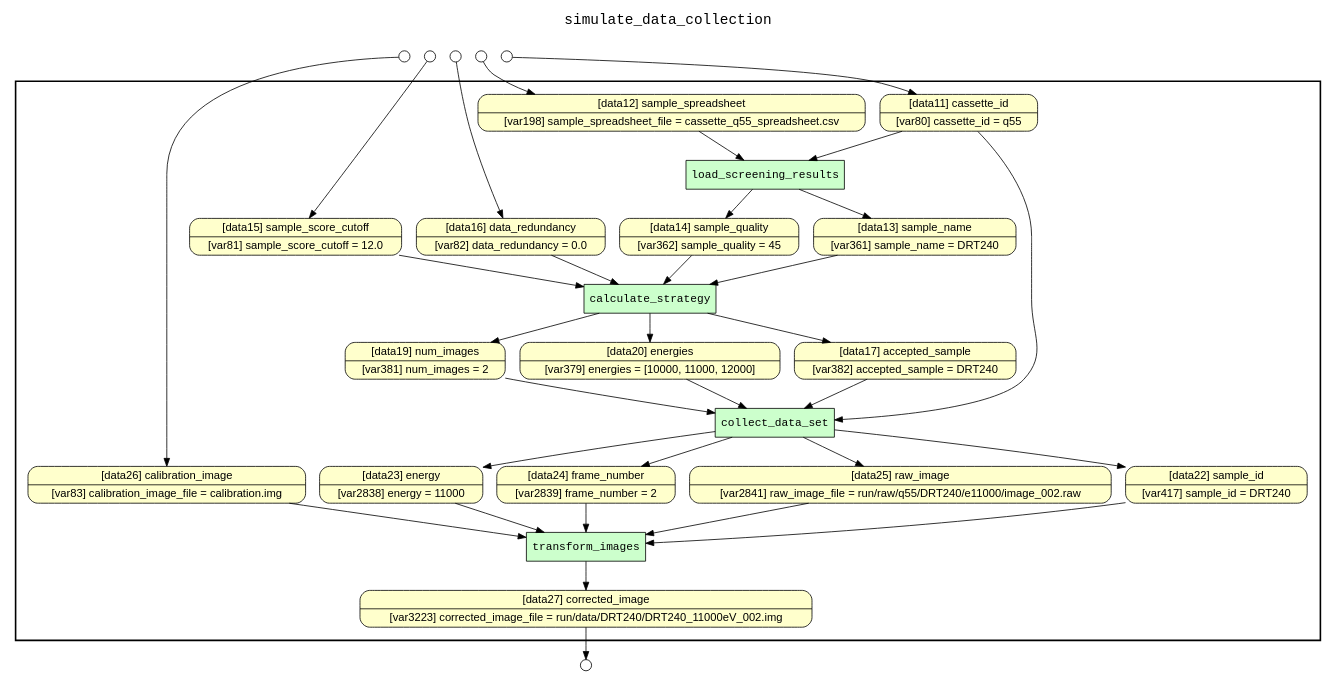
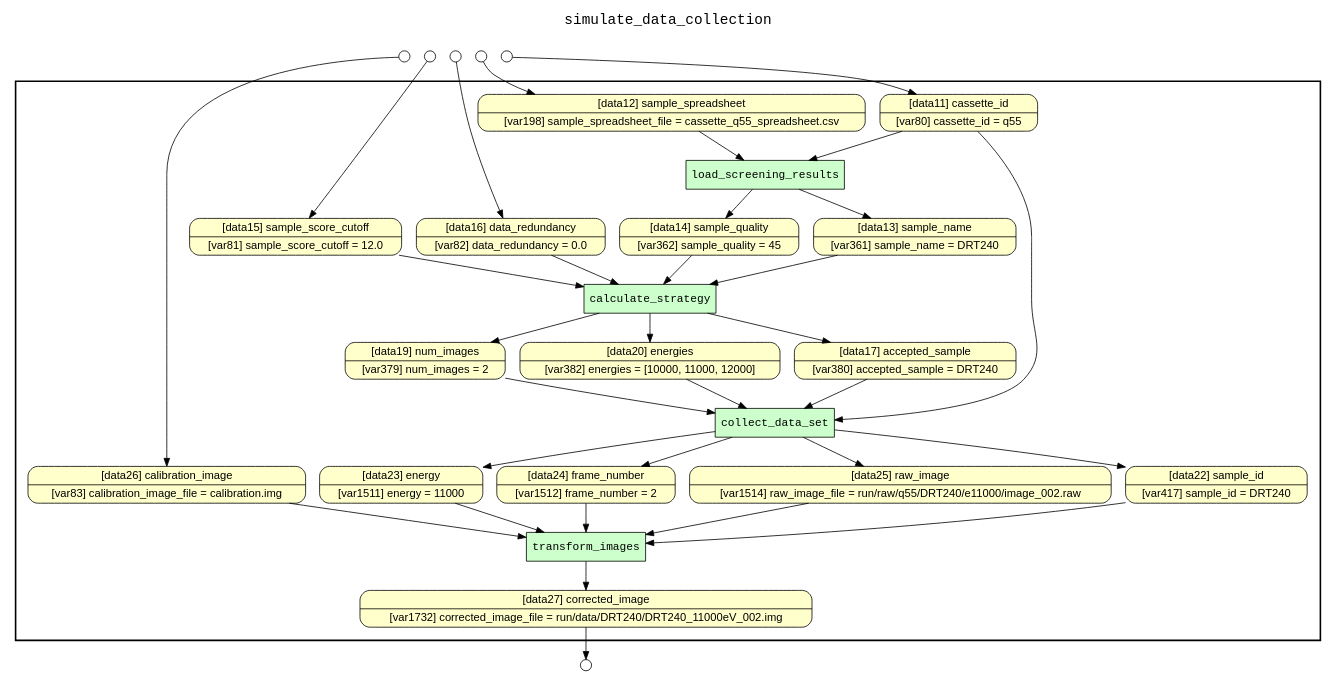
The diagram in examples/simulate_data_collection/yw_nw_retrospective_lineage.gv (yesworkflow-org/yw-noworkflow), drawn with Graphviz before and after one commit. The commit also changed 21 other files, not shown here.

```diff
--- a/examples/simulate_data_collection/yw_nw_retrospective_lineage.gv
+++ b/examples/simulate_data_collection/yw_nw_retrospective_lineage.gv
@@ -1,76 +1,76 @@
 
 digraph yw_data_view {
 rankdir=TB
 fontname=Courier; fontsize=18; labelloc=t
 label="simulate_data_collection"
 subgraph cluster_workflow { label=""; color=black; penwidth=2
 subgraph cluster_workflow_inner { label=""; color=white
 node[shape=box style="filled" fillcolor="#CCFFCC" peripheries=1 fontname=Courier]
 collect_data_set
 calculate_strategy
 load_screening_results
 transform_images
 node[shape=box style="filled" fillcolor="#CCFFCC" peripheries=1 fontname=Courier]
 node[shape=box style="rounded,filled" fillcolor="#FFFFCC" peripheries=1 fontname=Helvetica]
 cassette_id [shape=record rankdir=LR label="{<f0> [data11] cassette_id |<f1> [var80] cassette_id = q55}"]
 sample_spreadsheet [shape=record rankdir=LR label="{<f0> [data12] sample_spreadsheet |<f1> [var198] sample_spreadsheet_file = cassette_q55_spreadsheet.csv}"]
 sample_name [shape=record rankdir=LR label="{<f0> [data13] sample_name |<f1> [var361] sample_name = DRT240}"]
 sample_quality [shape=record rankdir=LR label="{<f0> [data14] sample_quality |<f1> [var362] sample_quality = 45}"]
 sample_score_cutoff [shape=record rankdir=LR label="{<f0> [data15] sample_score_cutoff |<f1> [var81] sample_score_cutoff = 12.0}"]
 data_redundancy [shape=record rankdir=LR label="{<f0> [data16] data_redundancy |<f1> [var82] data_redundancy = 0.0}"]
-accepted_sample [shape=record rankdir=LR label="{<f0> [data17] accepted_sample |<f1> [var382] accepted_sample = DRT240}"]
-num_images [shape=record rankdir=LR label="{<f0> [data19] num_images |<f1> [var381] num_images = 2}"]
-energies [shape=record rankdir=LR label="{<f0> [data20] energies |<f1> [var379] energies = [10000, 11000, 12000]}"]
+accepted_sample [shape=record rankdir=LR label="{<f0> [data17] accepted_sample |<f1> [var380] accepted_sample = DRT240}"]
+num_images [shape=record rankdir=LR label="{<f0> [data19] num_images |<f1> [var379] num_images = 2}"]
+energies [shape=record rankdir=LR label="{<f0> [data20] energies |<f1> [var382] energies = [10000, 11000, 12000]}"]
 sample_id [shape=record rankdir=LR label="{<f0> [data22] sample_id |<f1> [var417] sample_id = DRT240}"]
-energy [shape=record rankdir=LR label="{<f0> [data23] energy |<f1> [var2838] energy = 11000}"]
-frame_number [shape=record rankdir=LR label="{<f0> [data24] frame_number |<f1> [var2839] frame_number = 2}"]
-raw_image [shape=record rankdir=LR label="{<f0> [data25] raw_image |<f1> [var2841] raw_image_file = run/raw/q55/DRT240/e11000/image_002.raw}"]
+energy [shape=record rankdir=LR label="{<f0> [data23] energy |<f1> [var1511] energy = 11000}"]
+frame_number [shape=record rankdir=LR label="{<f0> [data24] frame_number |<f1> [var1512] frame_number = 2}"]
+raw_image [shape=record rankdir=LR label="{<f0> [data25] raw_image |<f1> [var1514] raw_image_file = run/raw/q55/DRT240/e11000/image_002.raw}"]
 calibration_image [shape=record rankdir=LR label="{<f0> [data26] calibration_image |<f1> [var83] calibration_image_file = calibration.img}"]
-corrected_image [shape=record rankdir=LR label="{<f0> [data27] corrected_image |<f1> [var3223] corrected_image_file = run/data/DRT240/DRT240_11000eV_002.img}"]
+corrected_image [shape=record rankdir=LR label="{<f0> [data27] corrected_image |<f1> [var1732] corrected_image_file = run/data/DRT240/DRT240_11000eV_002.img}"]
 }}
 subgraph cluster_inflows { label=""; color=white; penwidth=2
 subgraph cluster_inflows_inner { label=""; color=white
 node[shape=circle fillcolor="#FFFFFF" peripheries=1 width=0.2]
 sample_spreadsheet_inflow [label=""]
 calibration_image_inflow [label=""]
 sample_score_cutoff_inflow [label=""]
 data_redundancy_inflow [label=""]
 cassette_id_inflow [label=""]
 }}
 subgraph cluster_outflows { label=""; color=white; penwidth=2
 subgraph cluster_outflows_inner { label=""; color=white
 node[shape=circle fillcolor="#FFFFFF" peripheries=1 width=0.2]
 corrected_image_outflow [label=""]
 }}
-raw_image -> transform_images
-sample_score_cutoff -> calculate_strategy
+cassette_id -> collect_data_set
+cassette_id -> load_screening_results
 frame_number -> transform_images
 energy -> transform_images
+sample_id -> transform_images
+raw_image -> transform_images
+calibration_image -> transform_images
+data_redundancy -> calculate_strategy
+sample_score_cutoff -> calculate_strategy
+num_images -> collect_data_set
+sample_name -> calculate_strategy
+sample_spreadsheet -> load_screening_results
 energies -> collect_data_set
 sample_quality -> calculate_strategy
-cassette_id -> collect_data_set
-cassette_id -> load_screening_results
-calibration_image -> transform_images
-sample_spreadsheet -> load_screening_results
-sample_id -> transform_images
-num_images -> collect_data_set
-sample_name -> calculate_strategy
-data_redundancy -> calculate_strategy
 accepted_sample -> collect_data_set
 load_screening_results -> sample_name
 load_screening_results -> sample_quality
 calculate_strategy -> accepted_sample
 calculate_strategy -> num_images
 calculate_strategy -> energies
 collect_data_set -> sample_id
 collect_data_set -> energy
 collect_data_set -> frame_number
 collect_data_set -> raw_image
 transform_images -> corrected_image
 sample_spreadsheet_inflow -> sample_spreadsheet
 calibration_image_inflow -> calibration_image
 sample_score_cutoff_inflow -> sample_score_cutoff
 data_redundancy_inflow -> data_redundancy
 cassette_id_inflow -> cassette_id
 corrected_image -> corrected_image_outflow
 }
```
